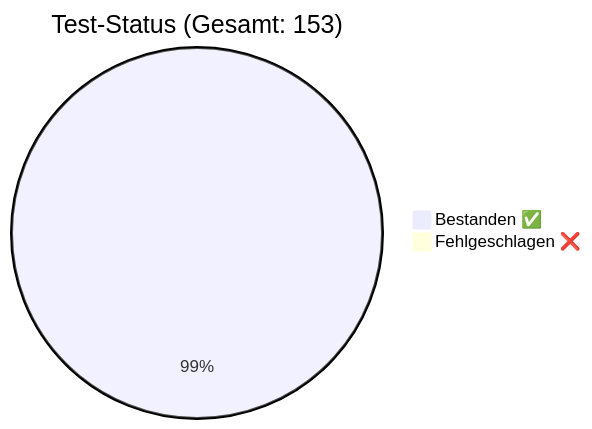
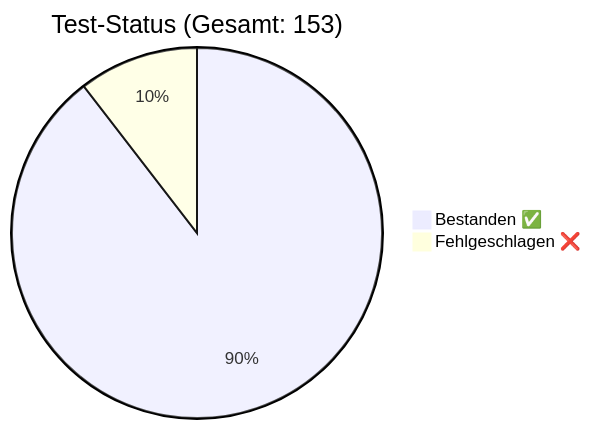
One commit to rorila/GCS changed the diagram in docs/QA_Report.md. Above: the diagram before and after it, drawn with Mermaid. The commit also changed other lines of this file and 3 other files, not shown here.

````diff
--- a/docs/QA_Report.md
+++ b/docs/QA_Report.md
@@ -7,5 +7,5 @@
 ```mermaid
 pie title Test-Status (Gesamt: 153)
-    "Bestanden ✅" : 152
-    "Fehlgeschlagen ❌" : 1
+    "Bestanden ✅" : 137
+    "Fehlgeschlagen ❌" : 16
 ```
````
